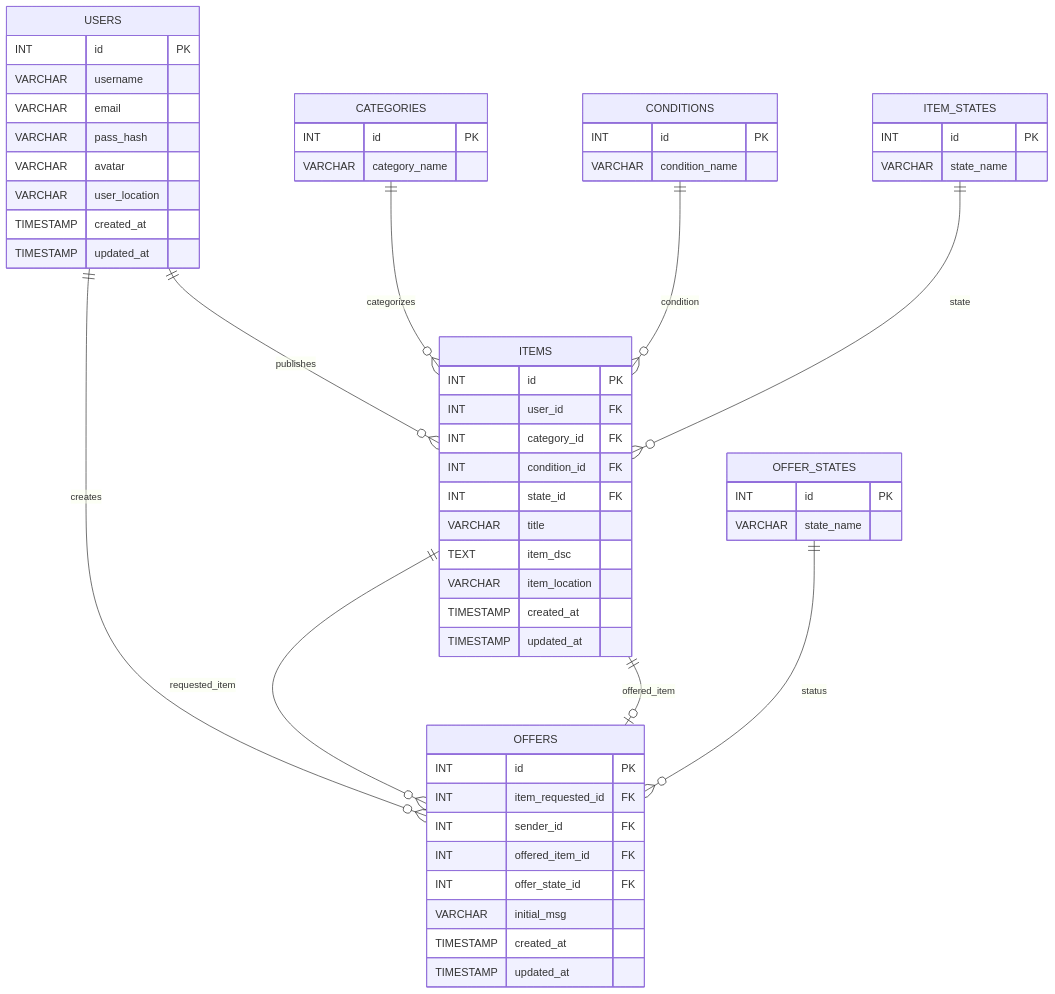
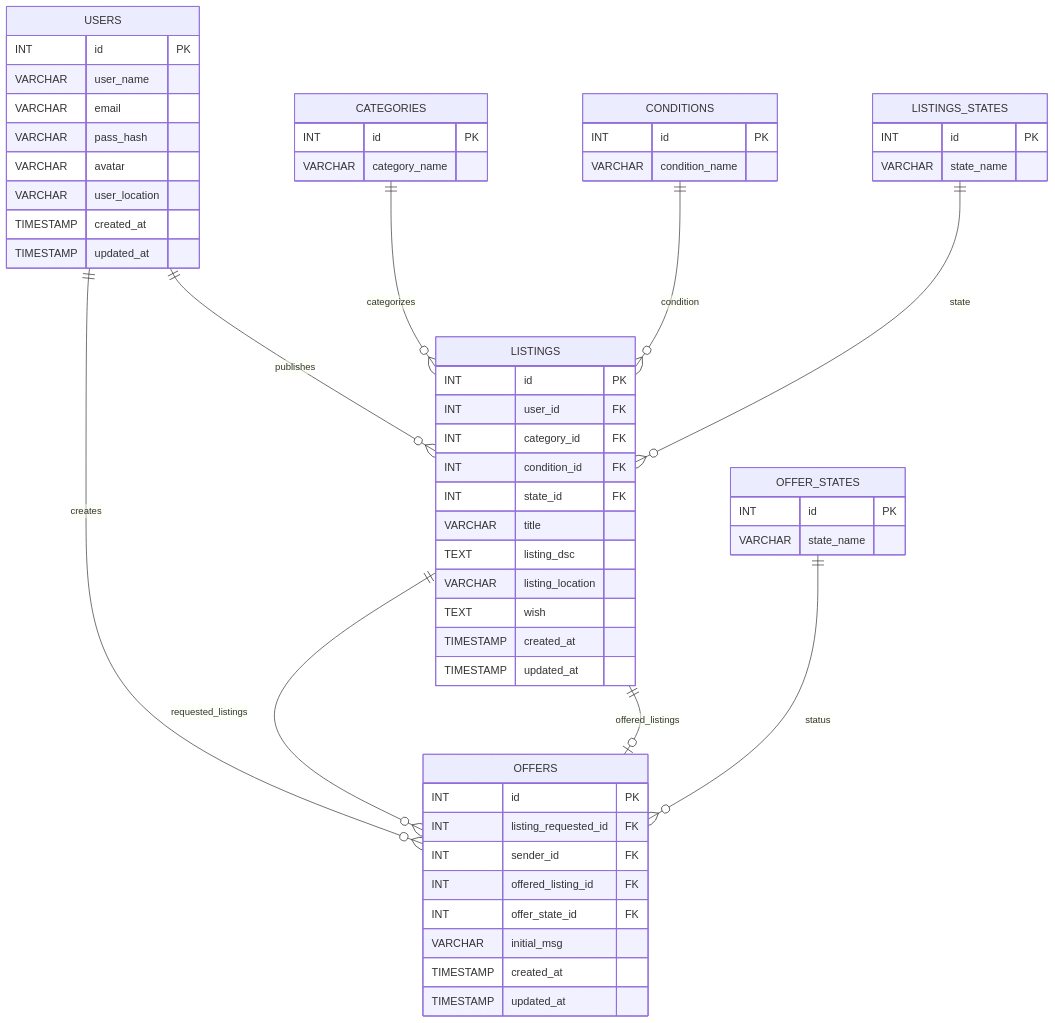
Before and after one commit to djunho/daka: the first of 2 diagrams in srcs/requirements/mariadb/dakaERD.md, drawn with Mermaid. The commit also changed other lines of this file and 2 other files, not shown here.

Commit message:
fix/item to listing plus adding wish

````diff
--- a/srcs/requirements/mariadb/dakaERD.md
+++ b/srcs/requirements/mariadb/dakaERD.md
@@ -5,68 +5,69 @@
 ```mermaid
 erDiagram
 
     USERS {
         INT id PK
-        VARCHAR username
+        VARCHAR user_name
         VARCHAR email
         VARCHAR pass_hash
         VARCHAR avatar
         VARCHAR user_location
         TIMESTAMP created_at
         TIMESTAMP updated_at
     }
 
     CATEGORIES {
         INT id PK
         VARCHAR category_name
     }
 
     CONDITIONS {
         INT id PK
         VARCHAR condition_name
     }
 
-    ITEM_STATES {
+    LISTINGS_STATES {
         INT id PK
         VARCHAR state_name
     }
 
     OFFER_STATES {
         INT id PK
         VARCHAR state_name
     }
 
-    ITEMS {
+    LISTINGS {
         INT id PK
         INT user_id FK
         INT category_id FK
         INT condition_id FK
         INT state_id FK
         VARCHAR title
-        TEXT item_dsc
-        VARCHAR item_location
+        TEXT listing_dsc
+        VARCHAR listing_location
+		TEXT wish
         TIMESTAMP created_at
         TIMESTAMP updated_at
     }
 
     OFFERS {
         INT id PK
-        INT item_requested_id FK
+        INT listing_requested_id FK
         INT sender_id FK
-        INT offered_item_id FK
+        INT offered_listing_id FK
         INT offer_state_id FK
         VARCHAR initial_msg
         TIMESTAMP created_at
         TIMESTAMP updated_at
     }
 
-    USERS ||--o{ ITEMS : publishes
-    CATEGORIES ||--o{ ITEMS : categorizes
-    CONDITIONS ||--o{ ITEMS : condition
-    ITEM_STATES ||--o{ ITEMS : state
+    USERS ||--o{ LISTINGS : publishes
+    CATEGORIES ||--o{ LISTINGS : categorizes
+    CONDITIONS ||--o{ LISTINGS : condition
+    LISTINGS_STATES ||--o{ LISTINGS : state
 
     USERS ||--o{ OFFERS : creates
-    ITEMS ||--o{ OFFERS : requested_item
-    ITEMS ||--o| OFFERS : offered_item
+    LISTINGS ||--o{ OFFERS : requested_listings
+    LISTINGS ||--o| OFFERS : offered_listings
     OFFER_STATES ||--o{ OFFERS : status
 ```
````
